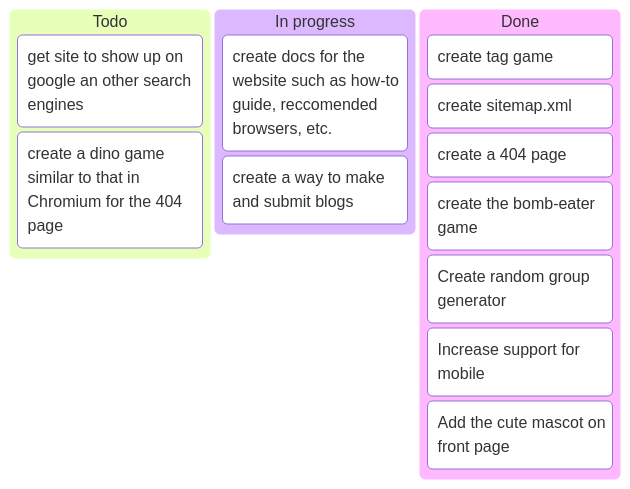
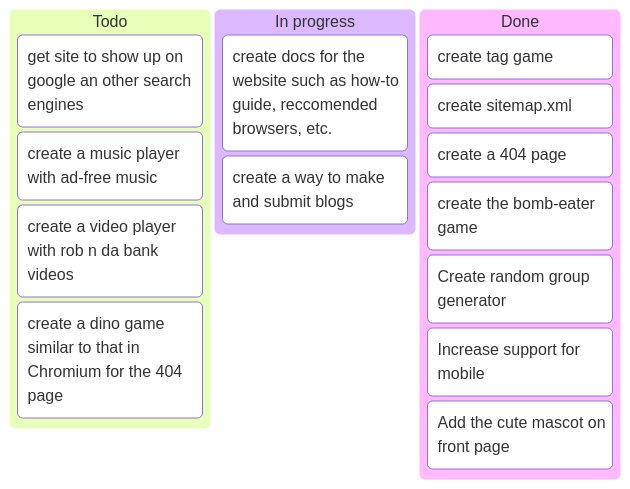
Before and after one commit to MrCheesie/alris_games: the diagram in README.md, drawn with Mermaid.

Commit message:
Update roadmap in readme

````diff
--- a/README.md
+++ b/README.md
@@ -96,18 +96,20 @@
 ```mermaid
 kanban
   Todo
     [get site to show up on google an other search engines]
+    [create a music player with ad-free music]
+    [create a video player with rob n da bank videos]
     [create a dino game similar to that in Chromium for the 404 page]
   In progress
     [create docs for the website such as how-to guide, reccomended browsers, etc.]
     [create a way to make and submit blogs]
   
   Done
     [create tag game]
     [create sitemap.xml]
     [create a 404 page]
     [create the bomb-eater game]
     [Create random group generator]
     [Increase support for mobile]
     [Add the cute mascot on front page]
 ```
````
